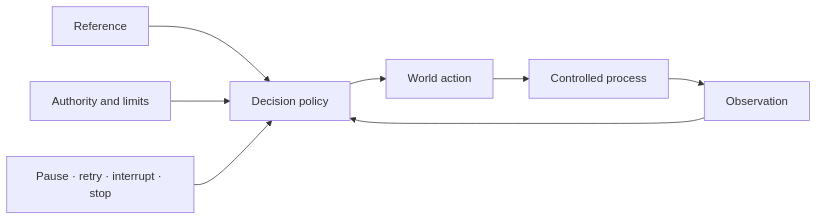
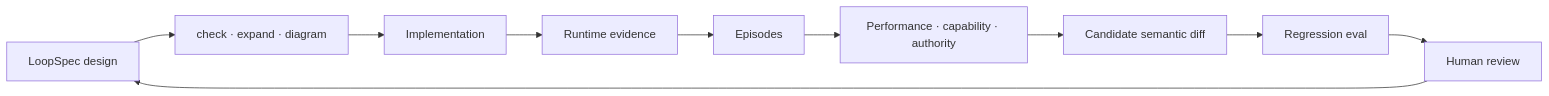
The diagram in README.md (morrisclay/loopspec), drawn with Mermaid before and after one commit. The commit also changed other lines of this file and 107 other files, not shown here.

Commit message:
Add LoopSpec evidence-to-eval tutorial

````diff
--- a/README.md
+++ b/README.md
@@ -44,10 +33,12 @@
 ```mermaid
 flowchart LR
-  R["Reference"] --> D["Decision policy"]
-  S["Observation"] --> D
-  D --> A["World action"]
-  A --> P["Controlled process"]
-  P --> S
-  C["Authority and limits"] --> D
-  O["Pause · retry · interrupt · stop"] --> D
+  S["LoopSpec design"] --> C["check · expand · diagram"]
+  C --> I["Implementation"]
+  I --> E["Runtime evidence"]
+  E --> P["Episodes"]
+  P --> A["Performance · capability · authority"]
+  A --> D["Candidate semantic diff"]
+  D --> V["Regression eval"]
+  V --> H["Human review"]
+  H --> S
 ```
````
